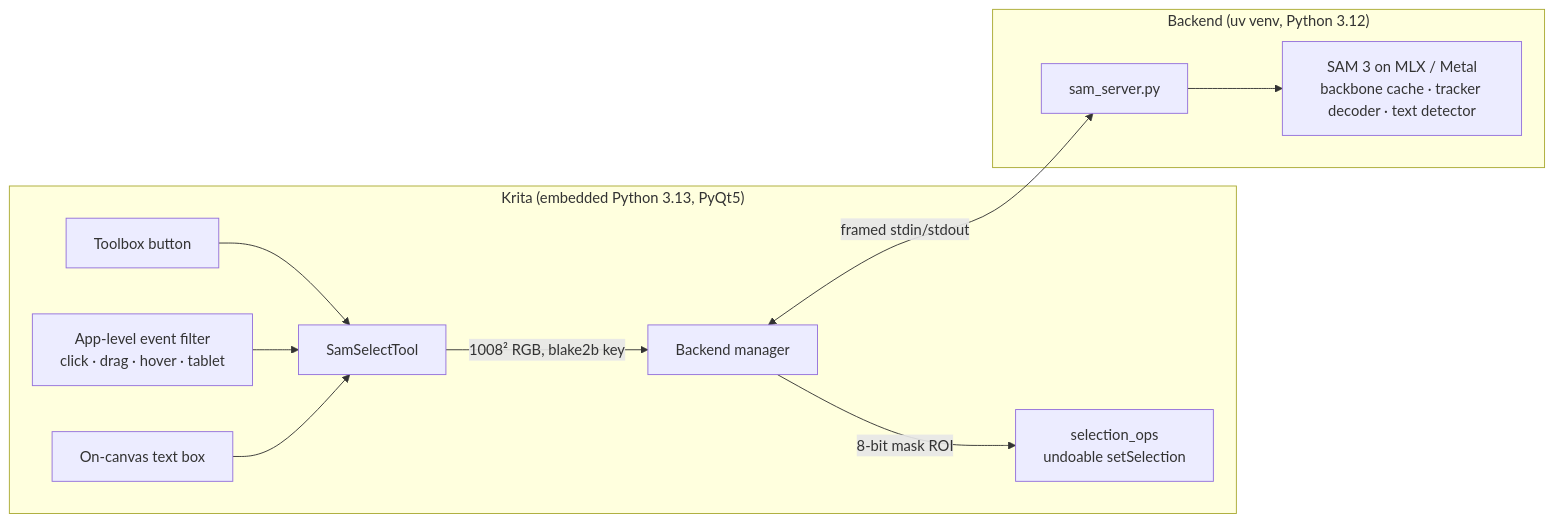
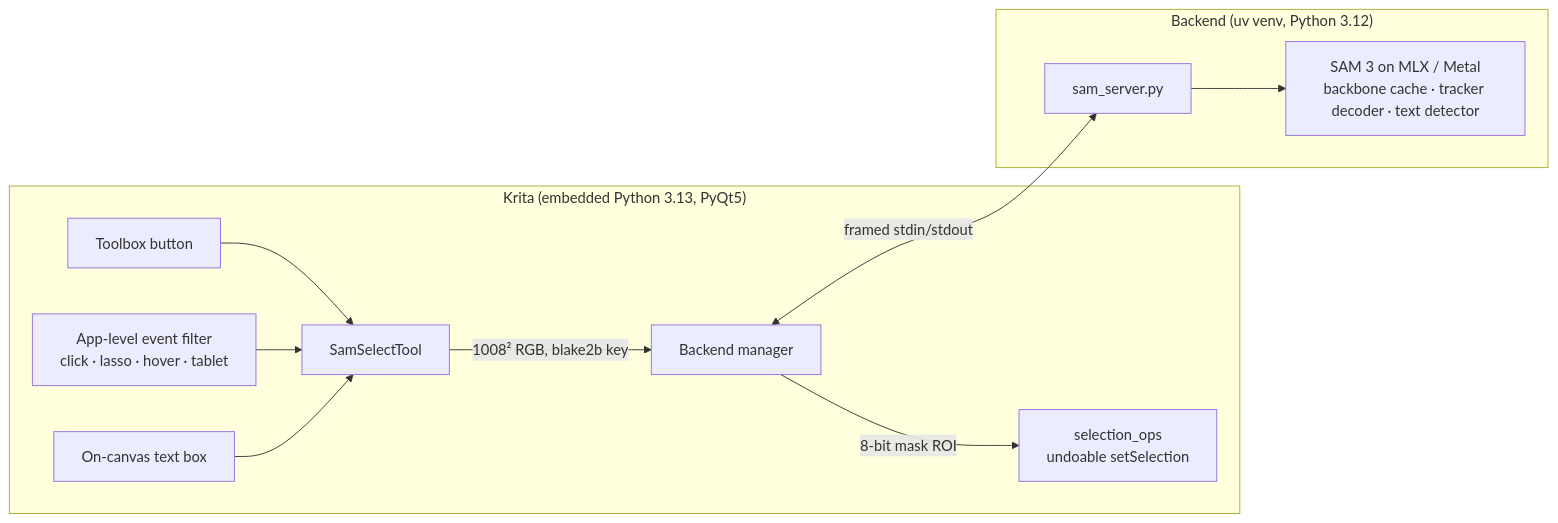
One commit to jakeblakeley/krita-sam-select changed the diagram in README.md. Above: the diagram before and after it, drawn with Mermaid. The commit also changed other lines of this file and 13 other files, not shown here.

First line of the commit message:
Replace the rectangle drag with a freehand lasso (v0.2.0)

````diff
--- a/README.md
+++ b/README.md
@@ -64,14 +64,14 @@
 ```mermaid
 flowchart LR
     subgraph Krita["Krita (embedded Python 3.13, PyQt5)"]
         T[Toolbox button] --> C[SamSelectTool]
-        E[App-level event filter<br/>click · drag · hover · tablet] --> C
+        E[App-level event filter<br/>click · lasso · hover · tablet] --> C
         P[On-canvas text box] --> C
         C -->|1008² RGB, blake2b key| B[Backend manager]
         B -->|8-bit mask ROI| S[selection_ops<br/>undoable setSelection]
     end
     subgraph Server["Backend (uv venv, Python 3.12)"]
         R[sam_server.py] --> M[SAM 3 on MLX / Metal<br/>backbone cache · tracker decoder · text detector]
     end
     B <-->|framed stdin/stdout| R
 ```
````
